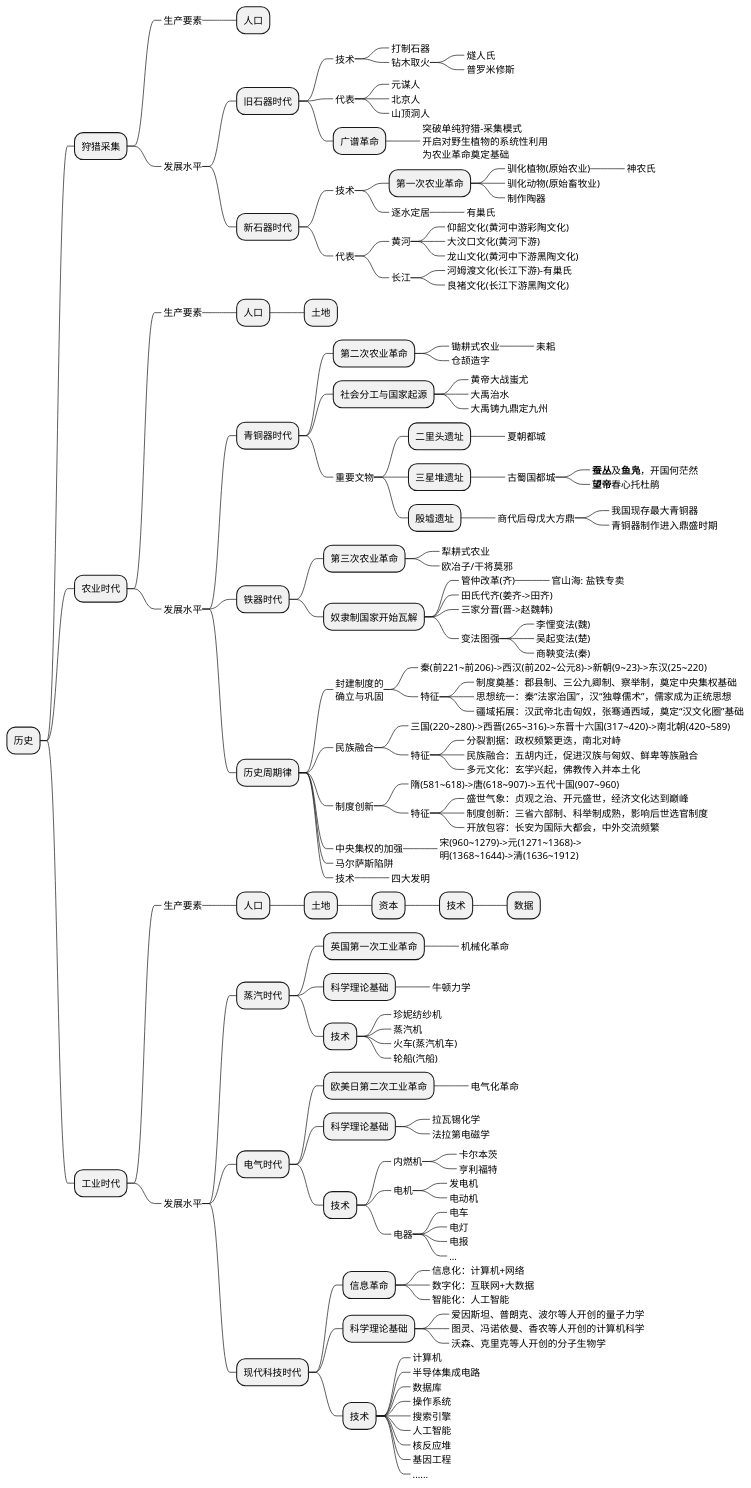
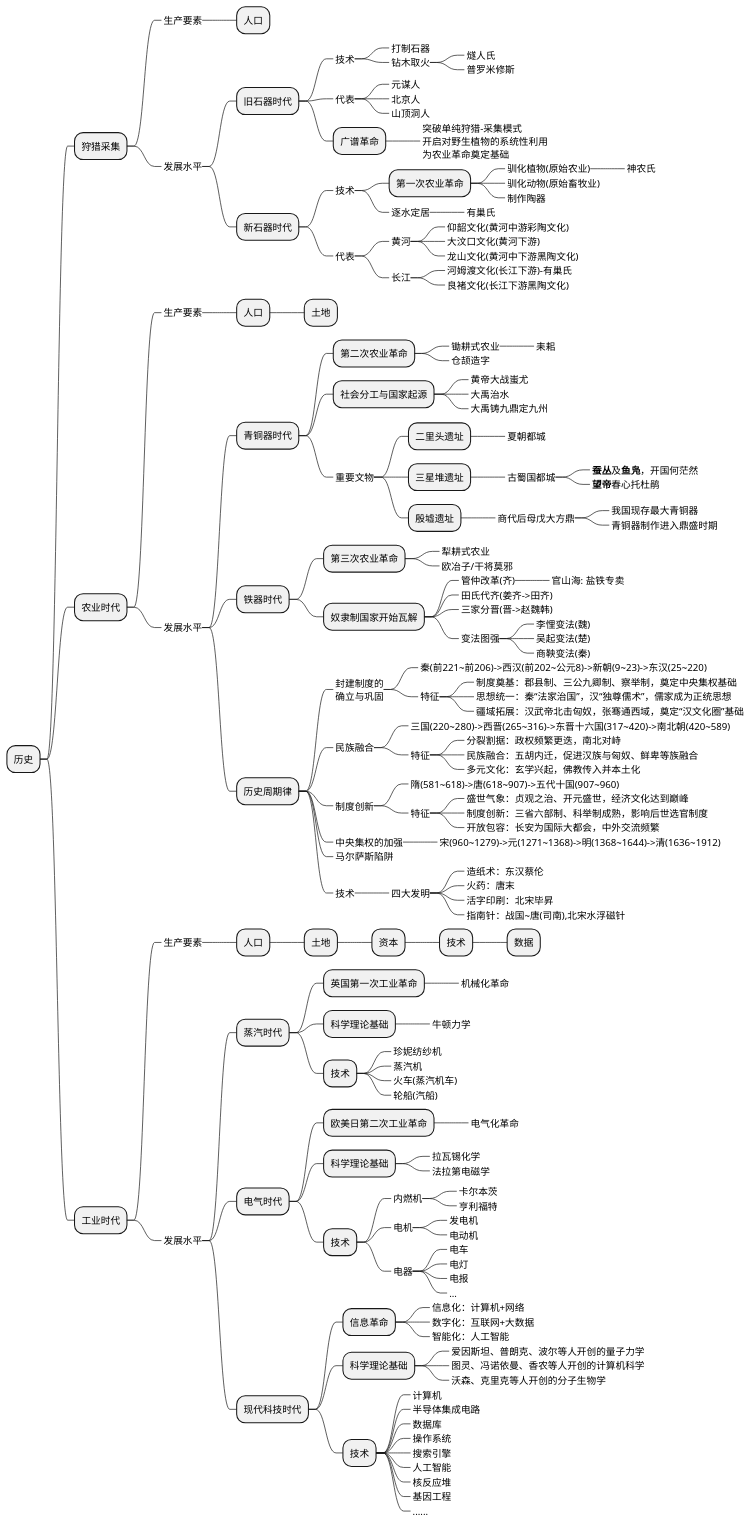
The first of 2 diagrams in source/_posts/economic/economic_and_history.md (holmofy/blog.hufeifei.cn), drawn with PlantUML before and after one commit.

```diff
--- a/source/_posts/economic/economic_and_history.md
+++ b/source/_posts/economic/economic_and_history.md
@@ -109,10 +109,14 @@
 +++++++_ 制度创新：三省六部制、科举制成熟，影响后世选官制度
 +++++++_ 开放包容：长安为国际大都会，中外交流频繁
 +++++_ 中央集权的加强
-++++++_ 宋(960~1279)->元(1271~1368)->\n明(1368~1644)->清(1636~1912)
+++++++_ 宋(960~1279)->元(1271~1368)->明(1368~1644)->清(1636~1912)
 +++++_ 马尔萨斯陷阱
 +++++_ 技术
 ++++++_ 四大发明
++++++++_ 造纸术：东汉蔡伦
++++++++_ 火药：唐末
++++++++_ 活字印刷：北宋毕昇
++++++++_ 指南针：战国~唐(司南),北宋水浮磁针
 ++ 工业时代
 +++_ 生产要素
 ++++ 人口
```
